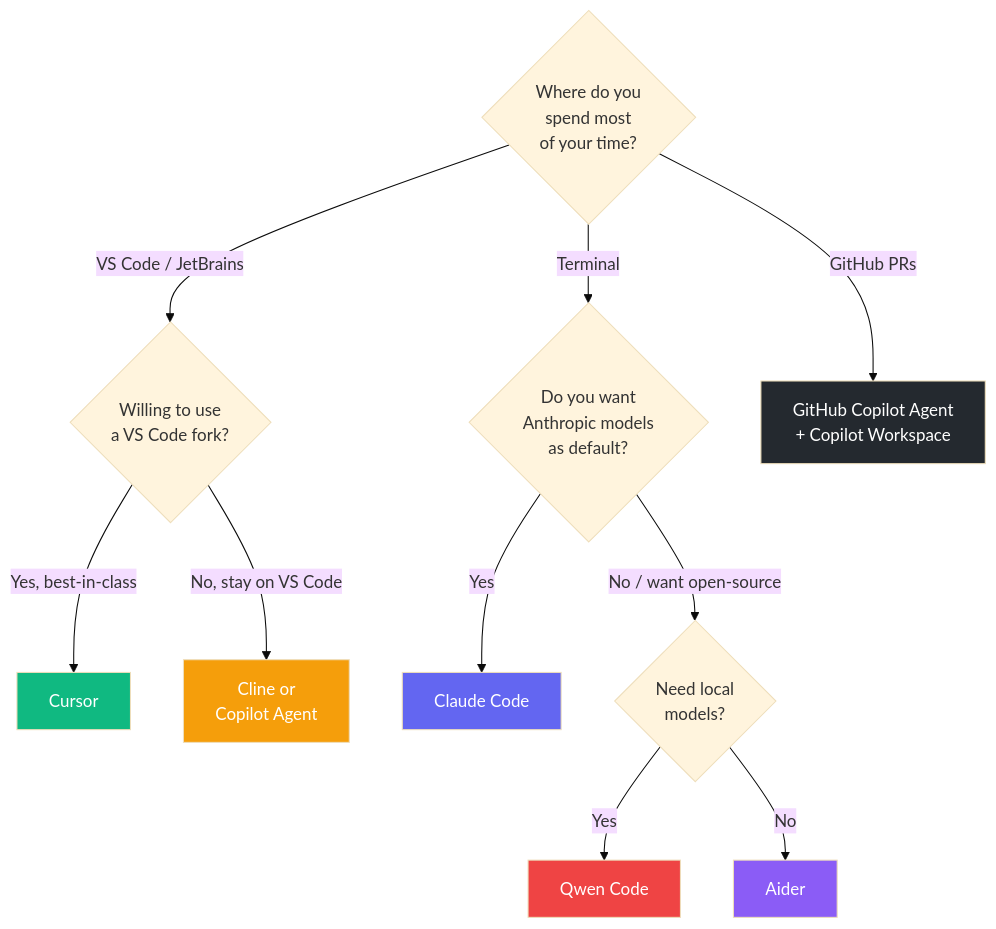
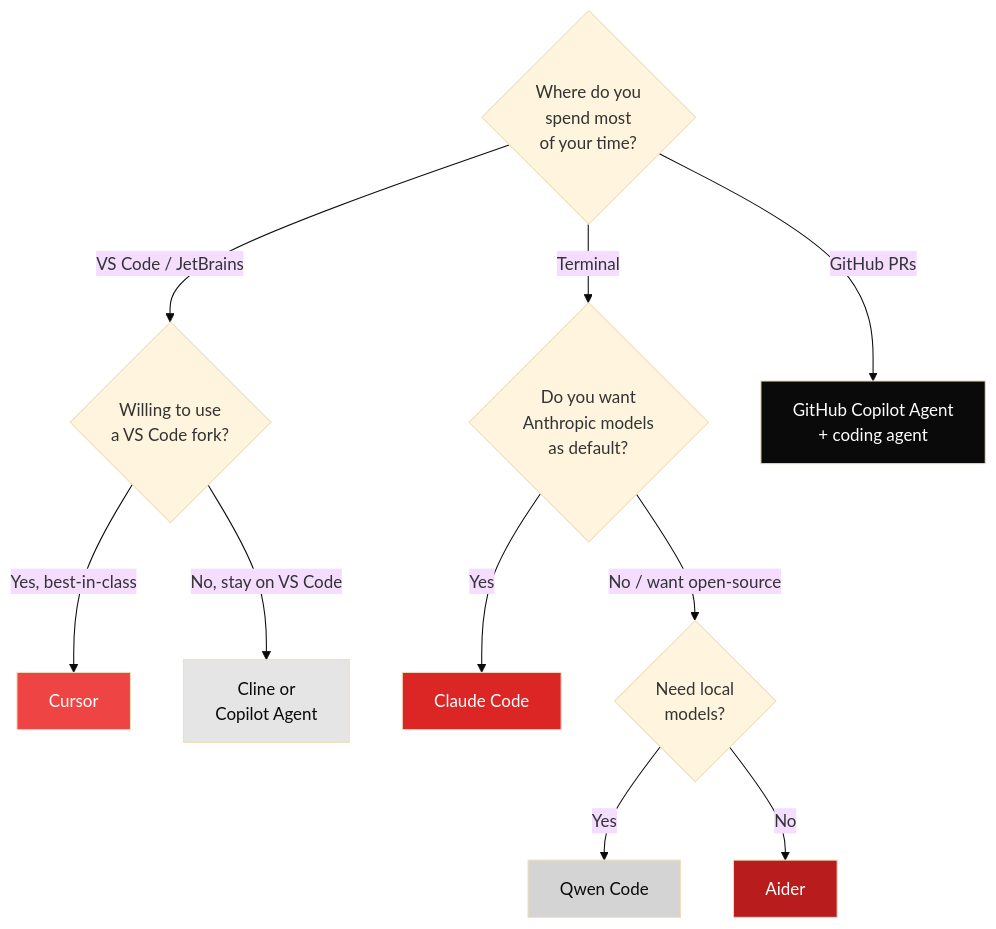
The second of 2 diagrams in steps/03-ai-coding-tools.md (Isfhan/learn-agentic-coding), drawn with Mermaid (base theme) before and after one commit. The commit also changed other lines of this file and 33 other files, not shown here.

````diff
--- a/steps/03-ai-coding-tools.md
+++ b/steps/03-ai-coding-tools.md
@@ -78,22 +78,22 @@
 ```mermaid
 flowchart TD
     Q1{Where do you<br/>spend most<br/>of your time?}
     Q1 -->|VS Code / JetBrains| Q2{Willing to use<br/>a VS Code fork?}
     Q1 -->|Terminal| Q3{Do you want<br/>Anthropic models<br/>as default?}
-    Q1 -->|GitHub PRs| GH[GitHub Copilot Agent<br/>+ Copilot Workspace]
+    Q1 -->|GitHub PRs| GH[GitHub Copilot Agent<br/>+ coding agent]
 
     Q2 -->|Yes, best-in-class| CUR[Cursor]
     Q2 -->|No, stay on VS Code| CL[Cline or<br/>Copilot Agent]
 
     Q3 -->|Yes| CC[Claude Code]
     Q3 -->|No / want open-source| Q4{Need local<br/>models?}
     Q4 -->|Yes| QW[Qwen Code]
     Q4 -->|No| AI[Aider]
 
-    style CUR fill:#10b981,color:#fff
-    style CC fill:#6366f1,color:#fff
-    style GH fill:#24292f,color:#fff
-    style CL fill:#f59e0b,color:#fff
-    style QW fill:#ef4444,color:#fff
-    style AI fill:#8b5cf6,color:#fff
+    style CUR fill:#EF4444,color:#fff
+    style CC fill:#DC2626,color:#fff
+    style GH fill:#0A0A0A,color:#fff
+    style CL fill:#E5E5E5,color:#0A0A0A
+    style QW fill:#D4D4D4,color:#0A0A0A
+    style AI fill:#B91C1C,color:#fff
 ```
````
